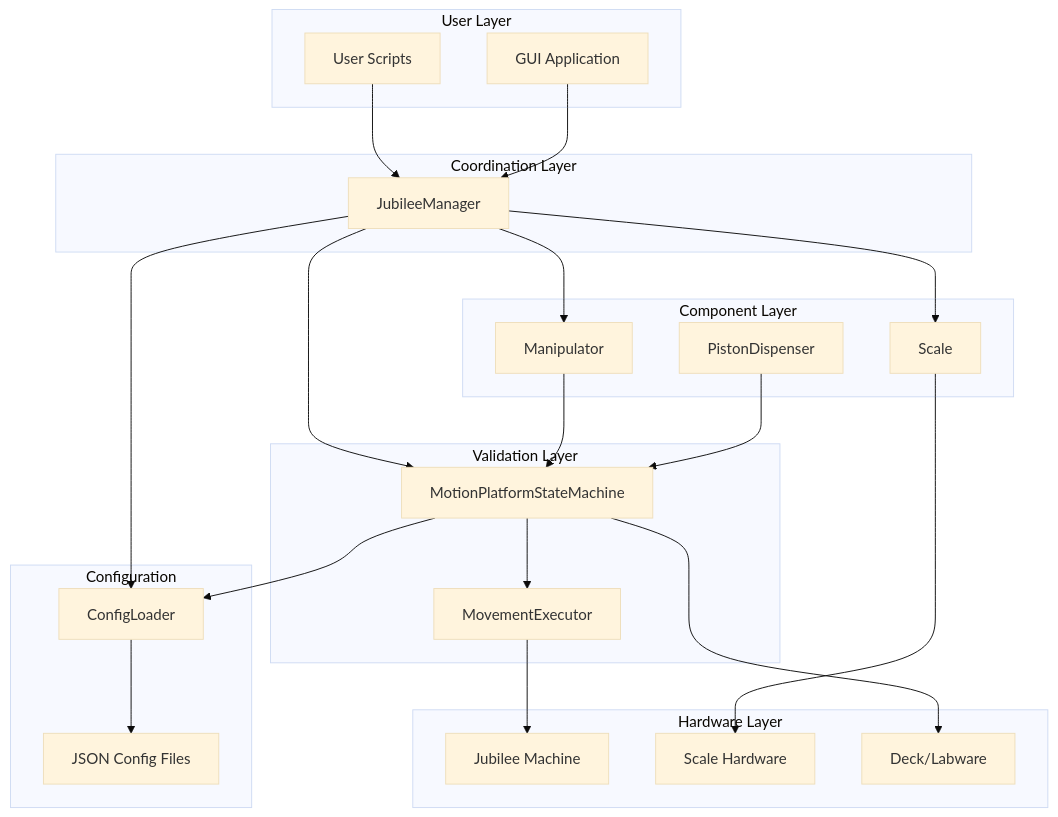
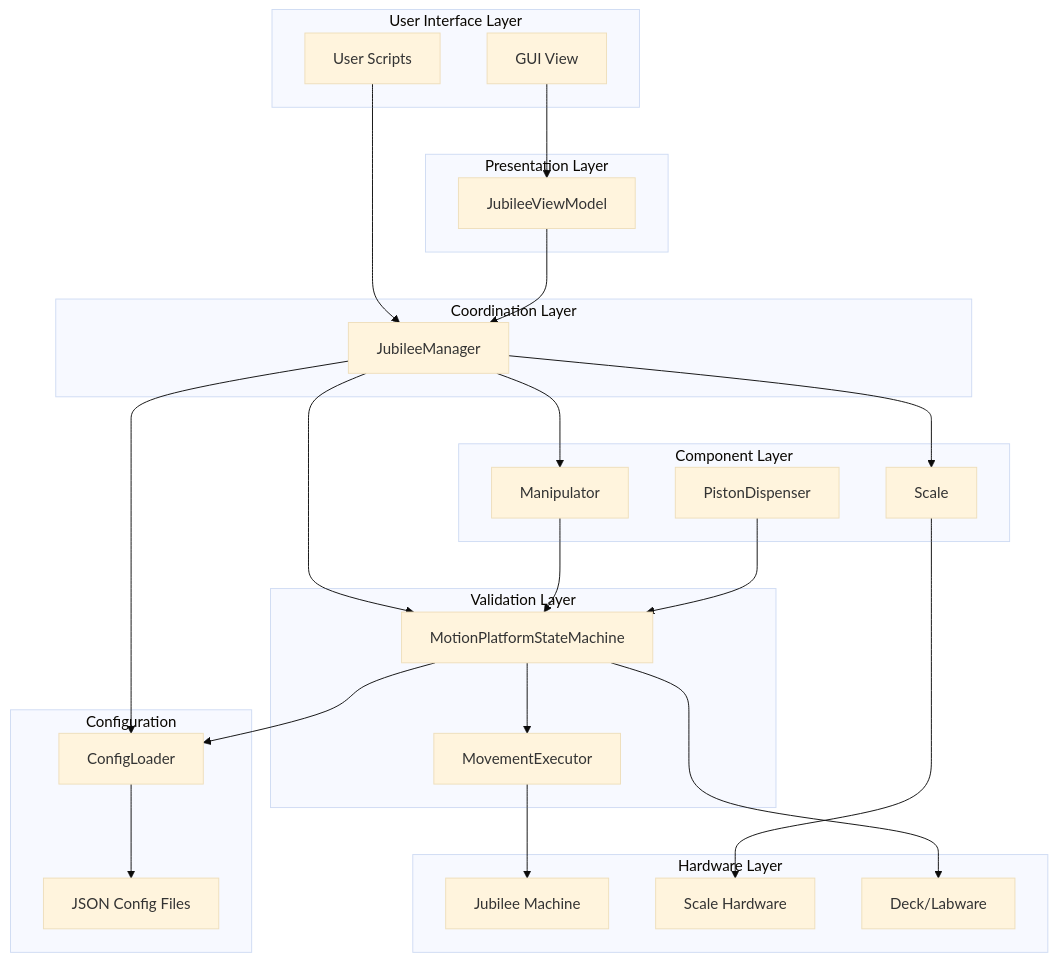
The first of 3 diagrams in docs/concepts/architecture.md (bennett-lahn/jubilee-powder), drawn with Mermaid (base theme) before and after one commit. The commit also changed other lines of this file and 17 other files, not shown here.

````diff
--- a/docs/concepts/architecture.md
+++ b/docs/concepts/architecture.md
@@ -11,48 +11,53 @@
 ```mermaid
 graph TB
-    subgraph "User Layer"
+    subgraph "User Interface Layer"
         A[User Scripts]
-        B[GUI Application]
+        B[GUI View]
+    end
+    
+    subgraph "Presentation Layer"
+        C[JubileeViewModel]
     end
     
     subgraph "Coordination Layer"
-        C[JubileeManager]
+        D[JubileeManager]
     end
     
     subgraph "Validation Layer"
-        D[MotionPlatformStateMachine]
-        E[MovementExecutor]
+        E[MotionPlatformStateMachine]
+        F[MovementExecutor]
     end
     
     subgraph "Component Layer"
-        F[Manipulator]
-        G[PistonDispenser]
-        H[Scale]
+        G[Manipulator]
+        H[PistonDispenser]
+        I[Scale]
     end
     
     subgraph "Hardware Layer"
-        I[Jubilee Machine]
-        J[Scale Hardware]
-        K[Deck/Labware]
+        J[Jubilee Machine]
+        K[Scale Hardware]
+        L[Deck/Labware]
     end
     
     subgraph "Configuration"
-        L[ConfigLoader]
-        M[JSON Config Files]
+        M[ConfigLoader]
+        N[JSON Config Files]
     end
     
-    A --> C
+    A --> D
     B --> C
     C --> D
-    C --> F
-    C --> H
     D --> E
-    E --> I
-    F --> D
-    G --> D
-    H --> J
-    D --> K
-    L --> M
-    C --> L
-    D --> L
+    D --> G
+    D --> I
+    E --> F
+    F --> J
+    G --> E
+    H --> E
+    I --> K
+    E --> L
+    M --> N
+    D --> M
+    E --> M
 ```
````
